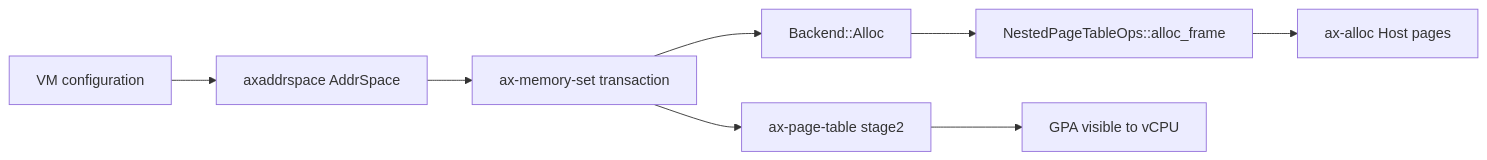
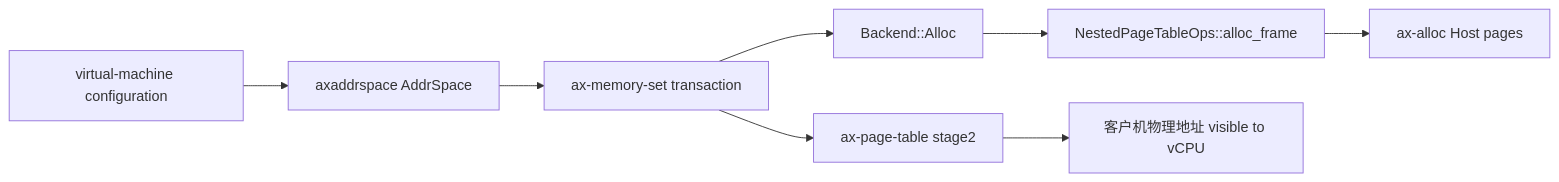
One commit to rcore-os/tgoskits changed the fourth of 4 diagrams in docs/docs/architecture/memory/integration.md. Above: the diagram before and after it, drawn with Mermaid. The commit also changed other lines of this file and 12 other files, not shown here.

````diff
--- a/docs/docs/architecture/memory/integration.md
+++ b/docs/docs/architecture/memory/integration.md
@@ -318,10 +318,10 @@
 ```mermaid
 flowchart LR
-    VM["VM configuration"] --> AS["axaddrspace AddrSpace"]
+    VM["virtual-machine configuration"] --> AS["axaddrspace AddrSpace"]
     AS --> MS["ax-memory-set transaction"]
     MS --> Guest["Backend::Alloc"]
     Guest --> Ops["NestedPageTableOps::alloc_frame"]
     Ops --> Host["ax-alloc Host pages"]
-    MS --> NPT["ax-page-table stage2"]
-    NPT --> Vcpu["GPA visible to vCPU"]
+    MS --> 嵌套页表["ax-page-table stage2"]
+    嵌套页表 --> Vcpu["客户机物理地址 visible to vCPU"]
 ```
````
